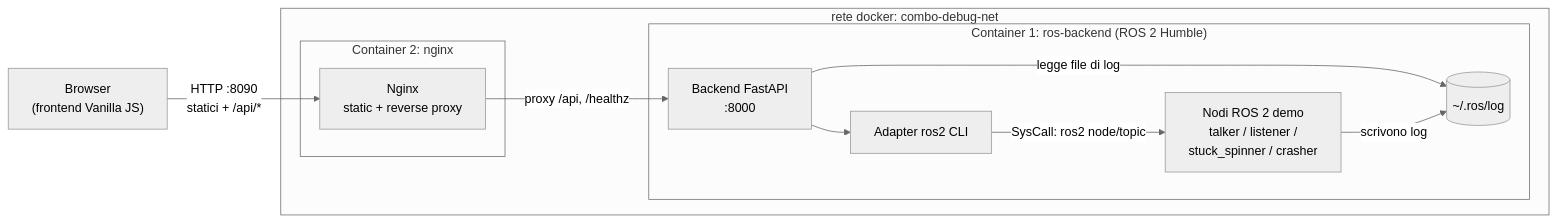
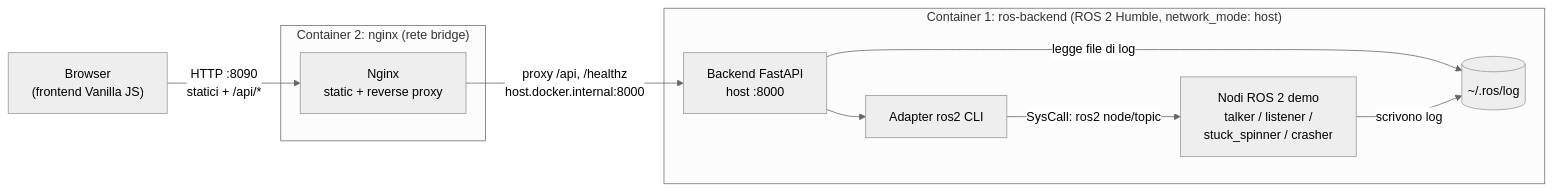
The first of 2 diagrams in docs/architecture.md (samuele-brusegan/combo-debug), drawn with Mermaid (neutral theme) before and after one commit. The commit also changed other lines of this file and 18 other files, not shown here.

````diff
--- a/docs/architecture.md
+++ b/docs/architecture.md
@@ -8,23 +8,21 @@
 ```mermaid
 flowchart LR
     browser["Browser<br/>(frontend Vanilla JS)"]
 
-    subgraph net["rete docker: combo-debug-net"]
-        subgraph c2["Container 2: nginx"]
-            nginx["Nginx<br/>static + reverse proxy"]
-        end
-        subgraph c1["Container 1: ros-backend (ROS 2 Humble)"]
-            api["Backend FastAPI<br/>:8000"]
-            adapter["Adapter ros2 CLI"]
-            nodes["Nodi ROS 2 demo<br/>talker / listener /<br/>stuck_spinner / crasher"]
-            logs[("~/.ros/log")]
-        end
+    subgraph c2["Container 2: nginx (rete bridge)"]
+        nginx["Nginx<br/>static + reverse proxy"]
+    end
+    subgraph c1["Container 1: ros-backend (ROS 2 Humble, network_mode: host)"]
+        api["Backend FastAPI<br/>host :8000"]
+        adapter["Adapter ros2 CLI"]
+        nodes["Nodi ROS 2 demo<br/>talker / listener /<br/>stuck_spinner / crasher"]
+        logs[("~/.ros/log")]
     end
 
     browser -- "HTTP :8090<br/>statici + /api/*" --> nginx
-    nginx -- "proxy /api, /healthz" --> api
+    nginx -- "proxy /api, /healthz<br/>host.docker.internal:8000" --> api
     api --> adapter
     adapter -- "SysCall: ros2 node/topic" --> nodes
     api -- "legge file di log" --> logs
     nodes -- "scrivono log" --> logs
 ```
````
